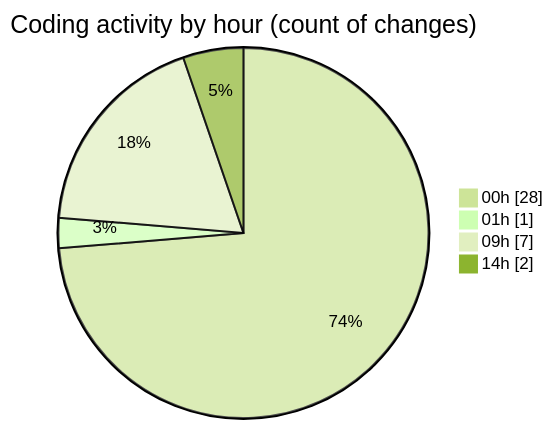
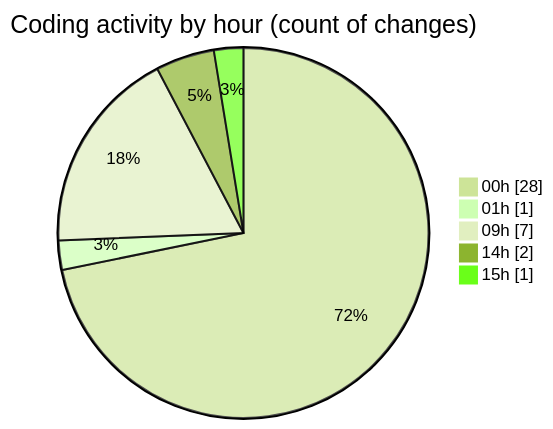
The second of 2 diagrams in 2025-05-24/elitesun/README.md (Elitesun/code-tracking), drawn with Mermaid (forest theme) before and after one commit. The commit also changed other lines of this file and 1 other file, not shown here.

````diff
--- a/2025-05-24/elitesun/README.md
+++ b/2025-05-24/elitesun/README.md
@@ -41,8 +41,9 @@
 ```mermaid
 pie showData
 title Coding activity by hour (count of changes)
 "00h" : 28
 "01h" : 1
 "09h" : 7
 "14h" : 2
+"15h" : 1
 ```
````
